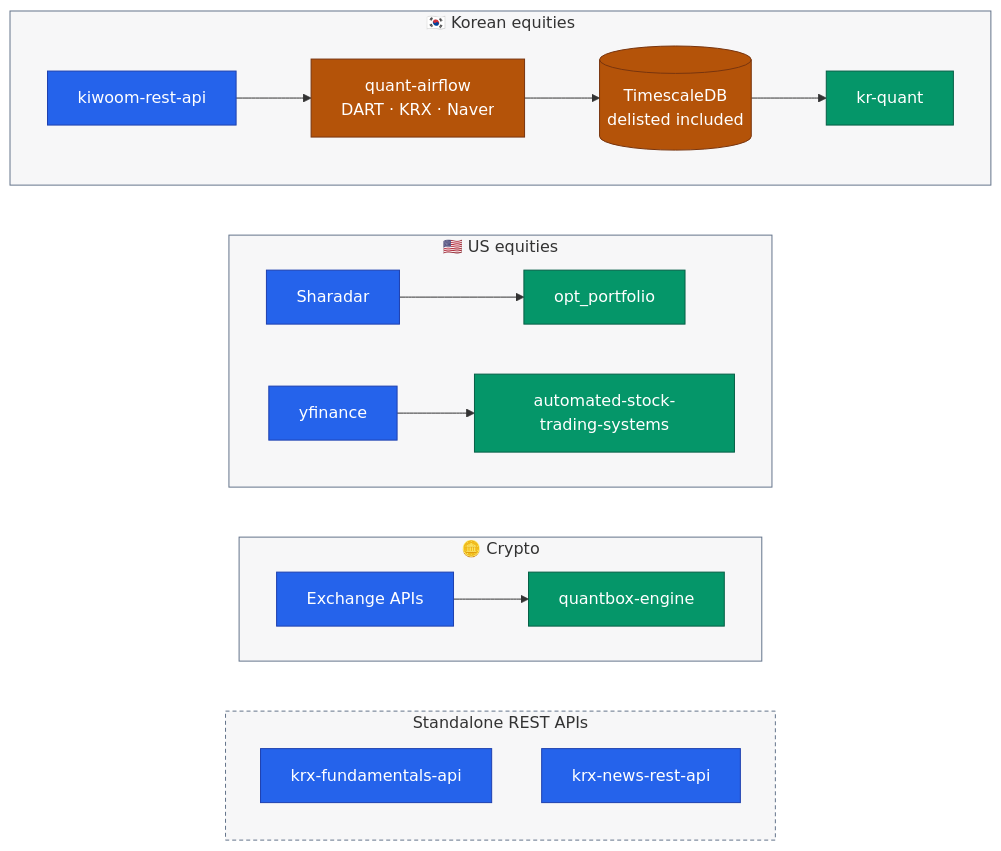
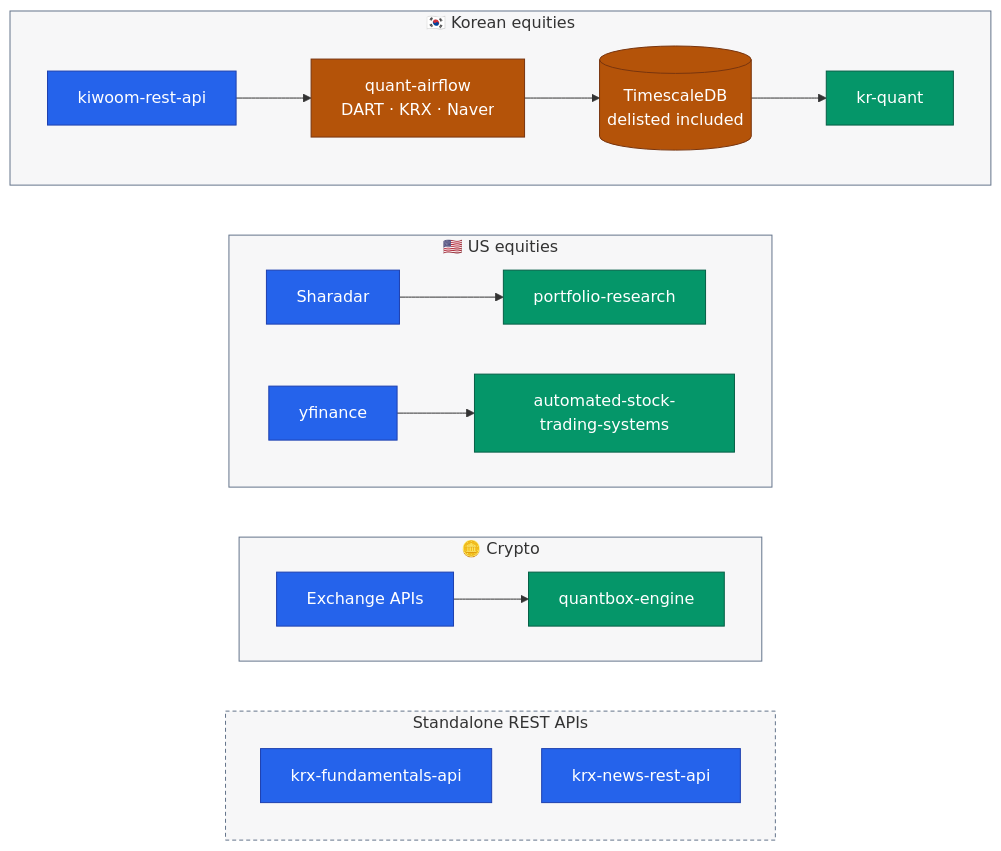
The diagram in README.md (younghwan91/younghwan91), drawn with Mermaid before and after one commit. The commit also changed other lines of this file, not shown here.

Commit message:
chore: opt_portfolio → portfolio-research 개명 반영 (#1)
sibling 저장소가 개명됐다. GitHub 이 옛 URL 을 리다이렉트하므로
링크는 지금도 동작하지만 주소와 표시명이 옛것이라 맞춘다.

설명도 같이 고쳤다 — "VAA 자산배분 백테스터"는 그쪽에서 TAA 로
통합돼 없어졌다. VAA 는 이제 사전등록 9개 구성 중 하나이고
9개 전부 PBO 관문에서 기각됐다.

````diff
--- a/README.md
+++ b/README.md
@@ -28,40 +28,40 @@
 ```mermaid
 flowchart TB
     subgraph KR ["🇰🇷 Korean equities"]
         direction LR
         K["kiwoom-rest-api"] --> AF["quant-airflow<br/>DART · KRX · Naver"] --> DB[("TimescaleDB<br/>delisted included")] --> Q["kr-quant"]
     end
 
     subgraph US ["🇺🇸 US equities"]
         direction LR
-        SH["Sharadar"] --> O["opt_portfolio"]
+        SH["Sharadar"] --> O["portfolio-research"]
         YF["yfinance"] --> AT["automated-stock-trading-systems"]
     end
 
     subgraph CX ["🪙 Crypto"]
         direction LR
         EX["Exchange APIs"] --> CR["quantbox-engine"]
     end
 
     subgraph SVC ["Standalone REST APIs"]
         direction TB
         F["krx-fundamentals-api"]
         NW["krx-news-rest-api"]
     end
 
     %% 세로 정렬용 — `~~~` 는 그 자체로 보이지 않는 링크다(linkStyle 불필요).
     KR ~~~ US ~~~ CX ~~~ SVC
 
     classDef source fill:#2563EB,stroke:#1E40AF,color:#FFFFFF
     classDef move   fill:#B45309,stroke:#78350F,color:#FFFFFF
     classDef out    fill:#059669,stroke:#065F46,color:#FFFFFF
 
     class K,SH,YF,EX,F,NW source
     class AF,DB move
     class Q,O,AT,CR out
 
     style KR  fill:#0F172A08,stroke:#64748B
     style US  fill:#0F172A08,stroke:#64748B
     style CX  fill:#0F172A08,stroke:#64748B
     style SVC fill:#0F172A08,stroke:#64748B,stroke-dasharray:4 3
 ```
````
